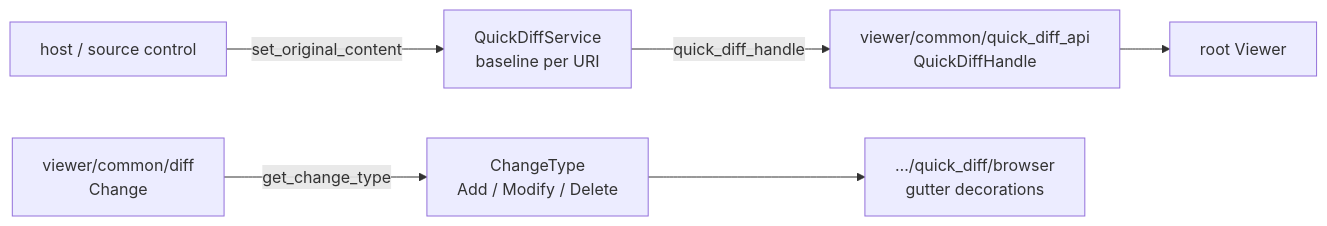
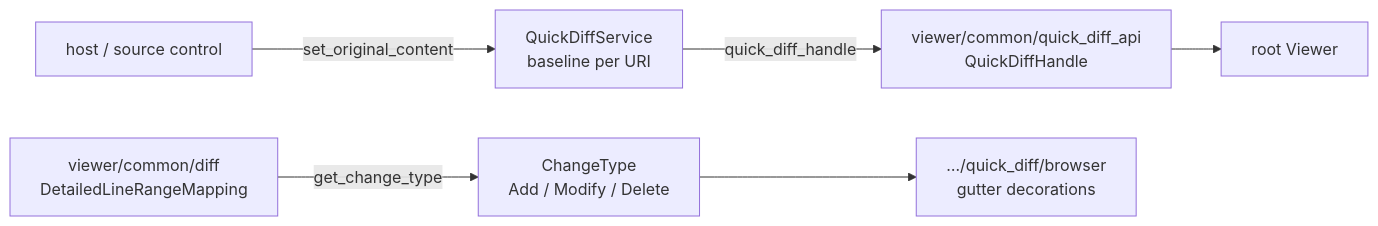
One commit to 0717lee/openseek changed the diagram in editor/internal/viewer/contrib/quick_diff/common/README.mbt.md. Above: the diagram before and after it, drawn with Mermaid. The commit also changed other lines of this file and 13 other files, not shown here.

````diff
--- a/editor/internal/viewer/contrib/quick_diff/common/README.mbt.md
+++ b/editor/internal/viewer/contrib/quick_diff/common/README.mbt.md
@@ -7,8 +7,8 @@
 ```mermaid
 flowchart LR
   H["host / source control"] -->|set_original_content| S["QuickDiffService<br>baseline per URI"]
   S -->|quick_diff_handle| API["viewer/common/quick_diff_api<br>QuickDiffHandle"]
   API --> V["root Viewer"]
-  D["viewer/common/diff<br>Change"] -->|get_change_type| K["ChangeType<br>Add / Modify / Delete"]
+  D["viewer/common/diff<br>DetailedLineRangeMapping"] -->|get_change_type| K["ChangeType<br>Add / Modify / Delete"]
   K --> B["…/quick_diff/browser<br>gutter decorations"]
 ```
````
